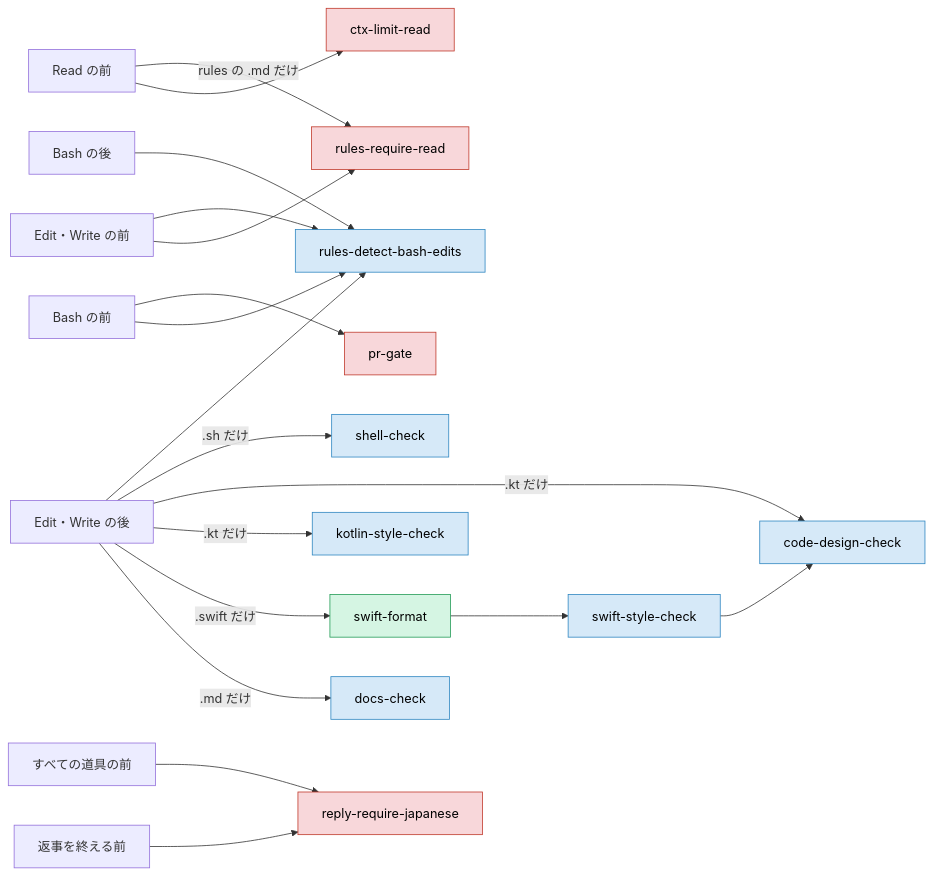
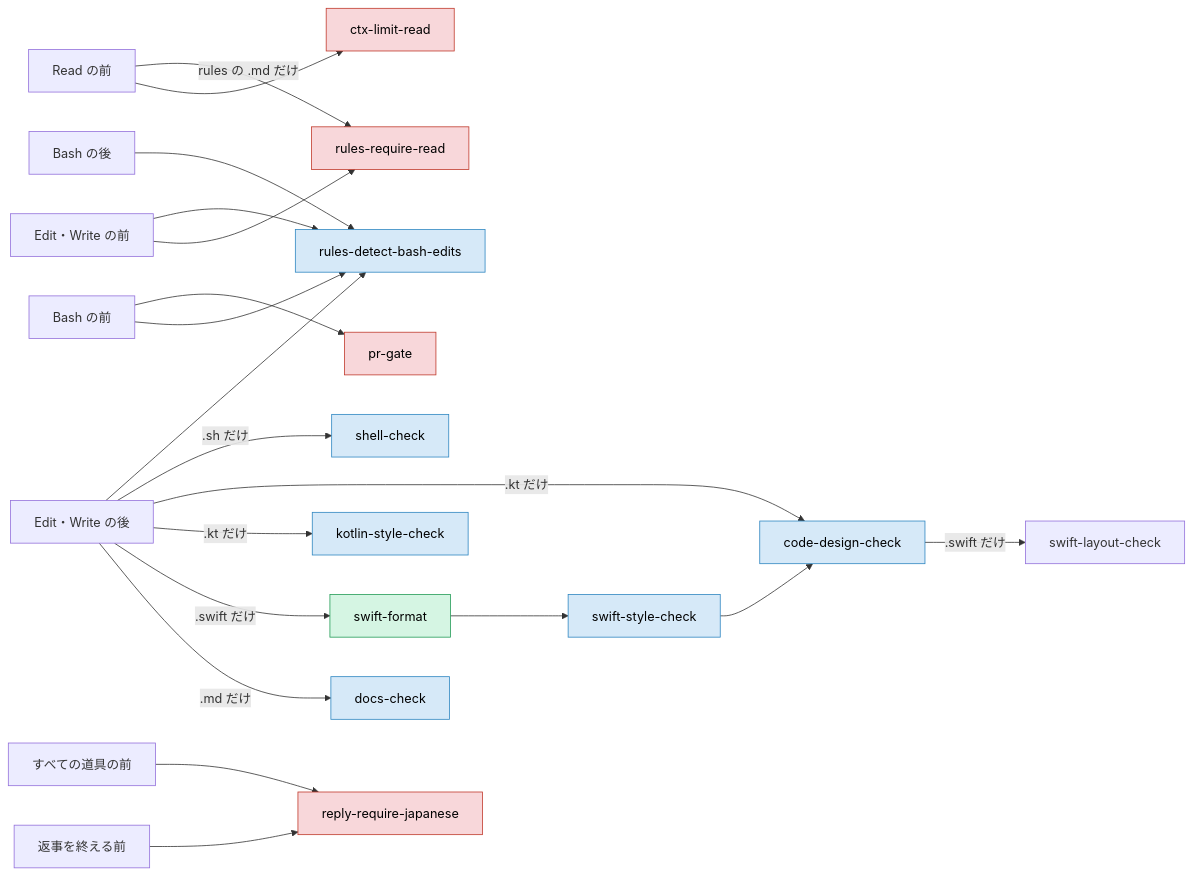
One commit to yossibank/claude-config changed the diagram in docs/usage/components.md. Above: the diagram before and after it, drawn with Mermaid. The commit also changed other lines of this file and 49 other files, not shown here.

First line of the commit message:
feat: check the layout of swift files with a syntax tree (#197)

````diff
--- a/docs/usage/components.md
+++ b/docs/usage/components.md
@@ -34,27 +35,28 @@
 ```mermaid
 flowchart LR
     readBefore["Read の前"] --> limit["ctx-limit-read"]
     readBefore -->|rules の .md だけ| require["rules-require-read"]
     editBefore["Edit・Write の前"] --> require
     editBefore --> detect["rules-detect-bash-edits"]
     editAfter["Edit・Write の後"] -->|.md だけ| docs["docs-check"]
     editAfter -->|.swift だけ| swift["swift-format"]
     swift --> swiftStyle["swift-style-check"]
     swiftStyle --> design["code-design-check"]
+    design -->|.swift だけ| layout["swift-layout-check"]
     editAfter -->|.kt だけ| kotlinStyle["kotlin-style-check"]
     editAfter -->|.kt だけ| design
     editAfter -->|.sh だけ| shell["shell-check"]
     editAfter --> detect
     bashBefore["Bash の前"] --> detect
     bashBefore --> gate["pr-gate"]
     bashAfter["Bash の後"] --> detect
     stop["返事を終える前"] --> japanese["reply-require-japanese"]
     toolBefore["すべての道具の前"] --> japanese
 
     classDef block fill:#f8d7da,stroke:#c0392b,color:#000
     classDef inform fill:#d6e9f8,stroke:#2e86c1,color:#000
     classDef tidy fill:#d5f5e3,stroke:#239b56,color:#000
     class limit,require,gate,japanese block
     class design,docs,kotlinStyle,swiftStyle,shell,detect inform
     class swift tidy
 ```
````
